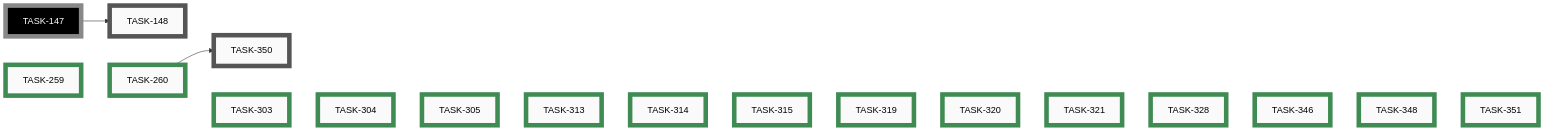
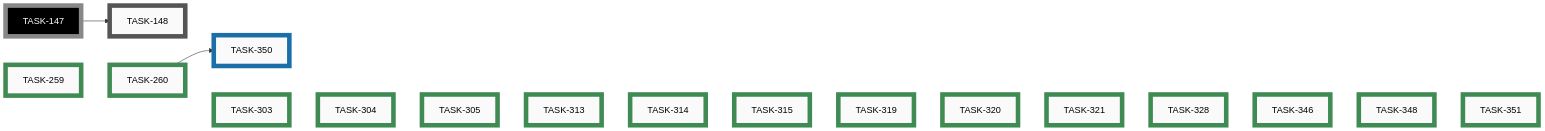
One commit to tgd1975/AwesomeStudioPedal changed the tenth of 10 diagrams in docs/developers/tasks/EPICS.md. Above: the diagram before and after it, drawn with Mermaid. The commit also changed other lines of this file and 9 other files, not shown here.

First line of the commit message:
feat(web): show unified version stamp in simulator and both builders

````diff
--- a/docs/developers/tasks/EPICS.md
+++ b/docs/developers/tasks/EPICS.md
@@ -404,49 +404,49 @@
 ```mermaid
 graph LR
     TASK_148["TASK-148"]:::open
-    TASK_350["TASK-350"]:::open
+    TASK_350["TASK-350"]:::active
     TASK_259["TASK-259"]:::closed
     TASK_260["TASK-260"]:::closed
     TASK_303["TASK-303"]:::closed
     TASK_304["TASK-304"]:::closed
     TASK_305["TASK-305"]:::closed
     TASK_313["TASK-313"]:::closed
     TASK_314["TASK-314"]:::closed
     TASK_315["TASK-315"]:::closed
     TASK_319["TASK-319"]:::closed
     TASK_320["TASK-320"]:::closed
     TASK_321["TASK-321"]:::closed
     TASK_328["TASK-328"]:::closed
     TASK_346["TASK-346"]:::closed
     TASK_348["TASK-348"]:::closed
     TASK_351["TASK-351"]:::closed
     TASK_147["TASK-147"]:::openExt
     TASK_147 --> TASK_148
     TASK_260 --> TASK_350
     TASK_259 ~~~ TASK_260 ~~~ TASK_303 ~~~ TASK_304 ~~~ TASK_305 ~~~ TASK_313 ~~~ TASK_314 ~~~ TASK_315 ~~~ TASK_319 ~~~ TASK_320 ~~~ TASK_321 ~~~ TASK_328 ~~~ TASK_346 ~~~ TASK_348 ~~~ TASK_351
     click TASK_148 "open/task-148-reorganise-developer-documentation.md"
-    click TASK_350 "open/task-350-display-unified-version-in-web-tooling.md"
+    click TASK_350 "active/task-350-display-unified-version-in-web-tooling.md"
     click TASK_259 "closed/task-259-android-app-test-protocol.md"
     click TASK_260 "closed/task-260-unify-version-numbers-across-deliverables.md"
     click TASK_303 "closed/task-303-simulator-boots-with-demo-loaded.md"
     click TASK_304 "closed/task-304-simulator-button-no-hover-reaction.md"
     click TASK_305 "closed/task-305-add-category-field-to-ideas.md"
     click TASK_313 "closed/task-313-emoji-icons-for-idea-categories.md"
     click TASK_314 "closed/task-314-nbsp-between-icon-and-category.md"
     click TASK_315 "closed/task-315-idea-sub-file-naming-convention.md"
     click TASK_319 "closed/task-319-remove-wireviz-precommit-block.md"
     click TASK_320 "closed/task-320-remove-ble-flag-precommit-check.md"
     click TASK_321 "closed/task-321-fix-ci-failures-mermaid-clang-tidy.md"
     click TASK_328 "closed/task-328-prevent-parallel-housekeep-execution.md"
     click TASK_346 "closed/task-346-content-sensitive-precommit-checks.md"
     click TASK_348 "closed/task-348-derive-clang-tidy-set-from-compile-commands.md"
     click TASK_351 "closed/task-351-ensure-autogenerated-markdown-is-lint-clean.md"
     classDef open    fill:#FAFAFA,stroke:#555,stroke-width:8px,color:#000
     classDef active  fill:#FAFAFA,stroke:#1A6FA8,stroke-width:8px,color:#000
     classDef closed  fill:#FAFAFA,stroke:#3F8B53,stroke-width:8px,color:#000
     classDef paused  fill:#FAFAFA,stroke:#B07810,stroke-width:8px,color:#000
     classDef openExt    fill:#000,stroke:#888,stroke-width:8px,color:#FFF
     classDef activeExt  fill:#000,stroke:#3FA9F5,stroke-width:8px,color:#FFF
     classDef closedExt  fill:#000,stroke:#7CC68A,stroke-width:8px,color:#FFF
     classDef pausedExt  fill:#000,stroke:#F0B030,stroke-width:8px,color:#FFF
 ```
````
